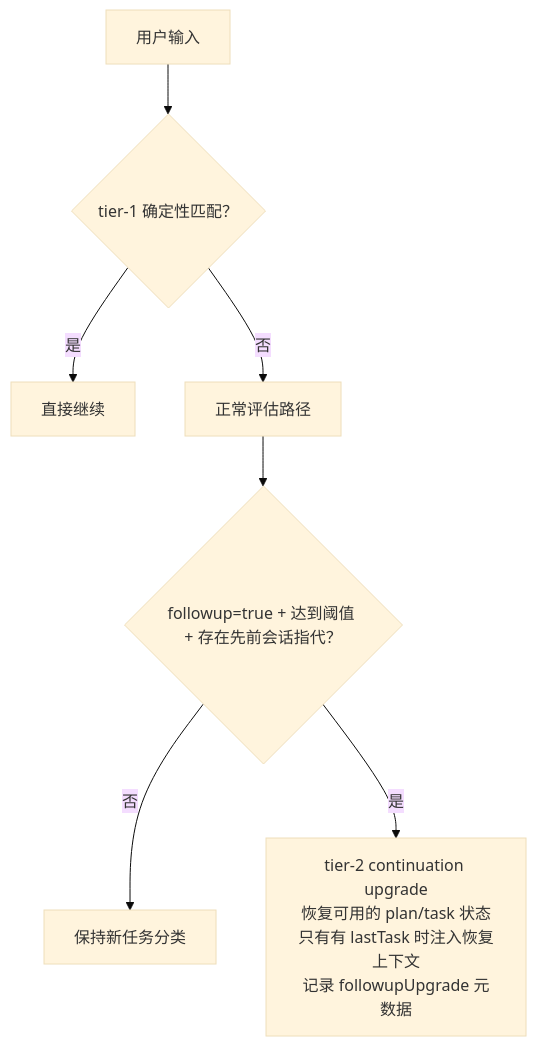
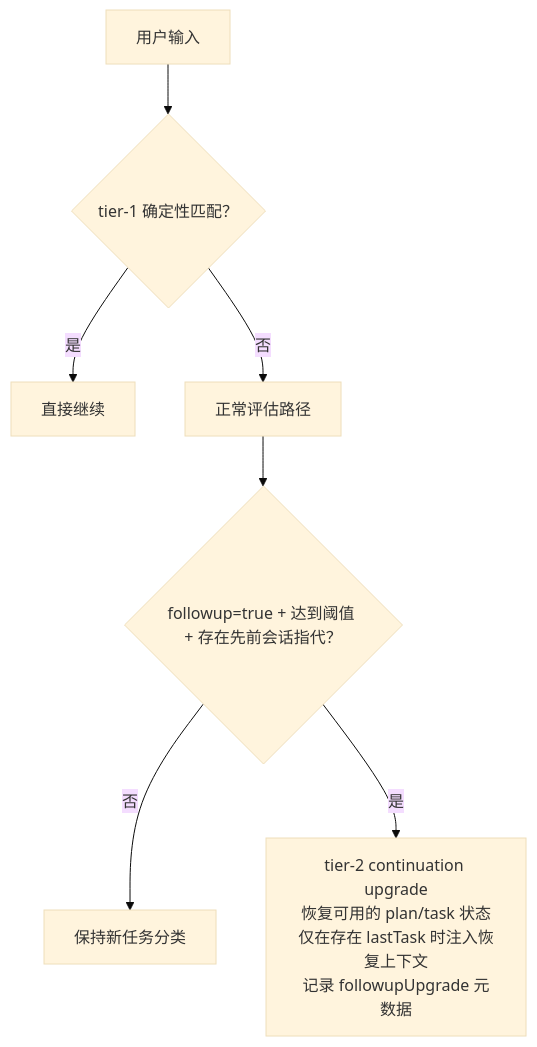
One commit to HaloTech-Co-Ltd/hk2 changed the diagram in docs/zh-CN/guides/planning-and-review.md. Above: the diagram before and after it, drawn with Mermaid (base theme). The commit also changed other lines of this file and 23 other files, not shown here.

````diff
--- a/docs/zh-CN/guides/planning-and-review.md
+++ b/docs/zh-CN/guides/planning-and-review.md
@@ -126,9 +126,9 @@
 ```mermaid
 flowchart TD
     U[用户输入] --> T1{tier-1 确定性匹配？}
     T1 -- 是 --> C[直接继续]
     T1 -- 否 --> A[正常评估路径]
     A --> V{followup=true + 达到阈值 + 存在先前会话指代？}
     V -- 否 --> F[保持新任务分类]
-    V -- 是 --> UPGRADE[tier-2 continuation upgrade<br/>恢复可用的 plan/task 状态<br/>只有有 lastTask 时注入恢复上下文<br/>记录 followupUpgrade 元数据]
+    V -- 是 --> UPGRADE[tier-2 continuation upgrade<br/>恢复可用的 plan/task 状态<br/>仅在存在 lastTask 时注入恢复上下文<br/>记录 followupUpgrade 元数据]
 ```
````
